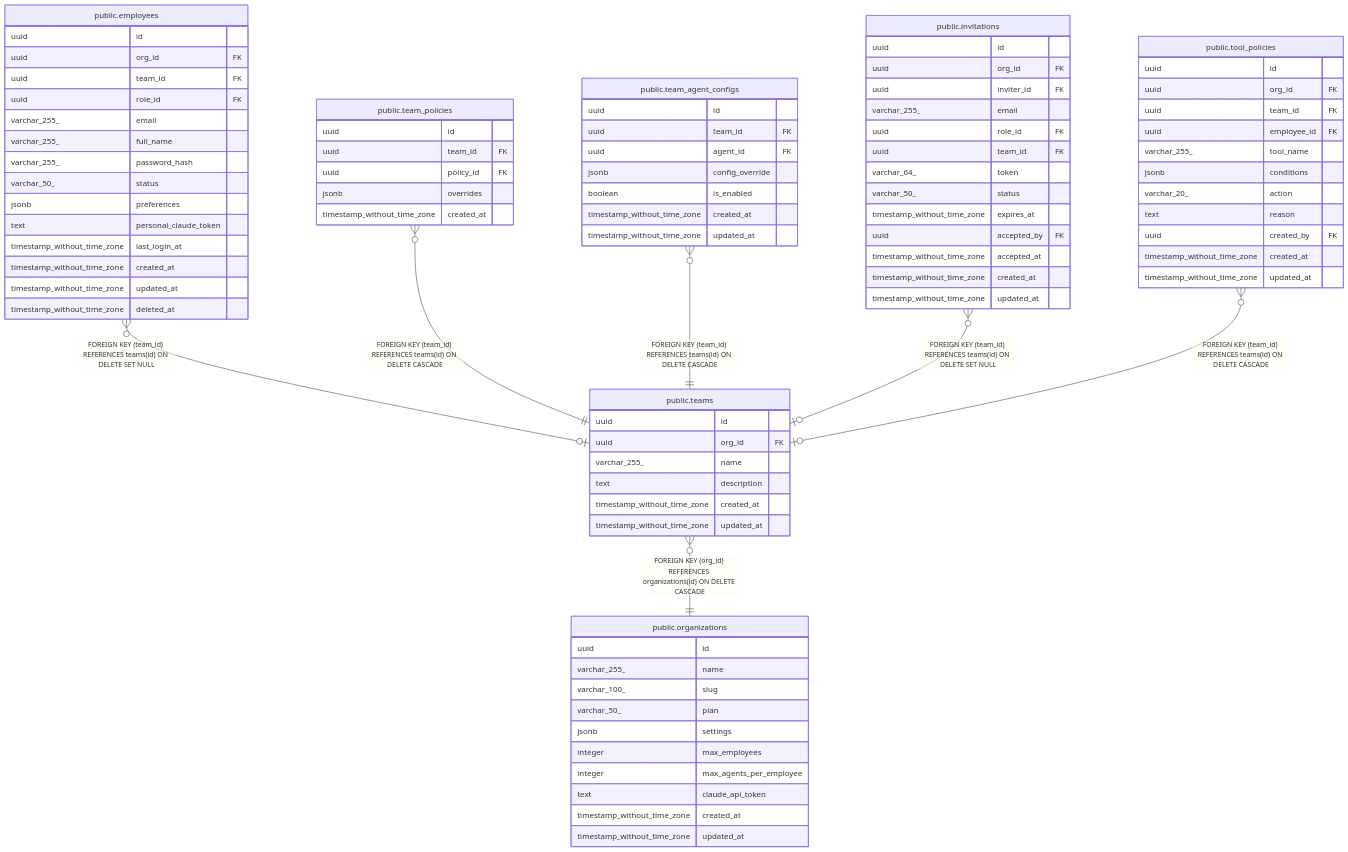
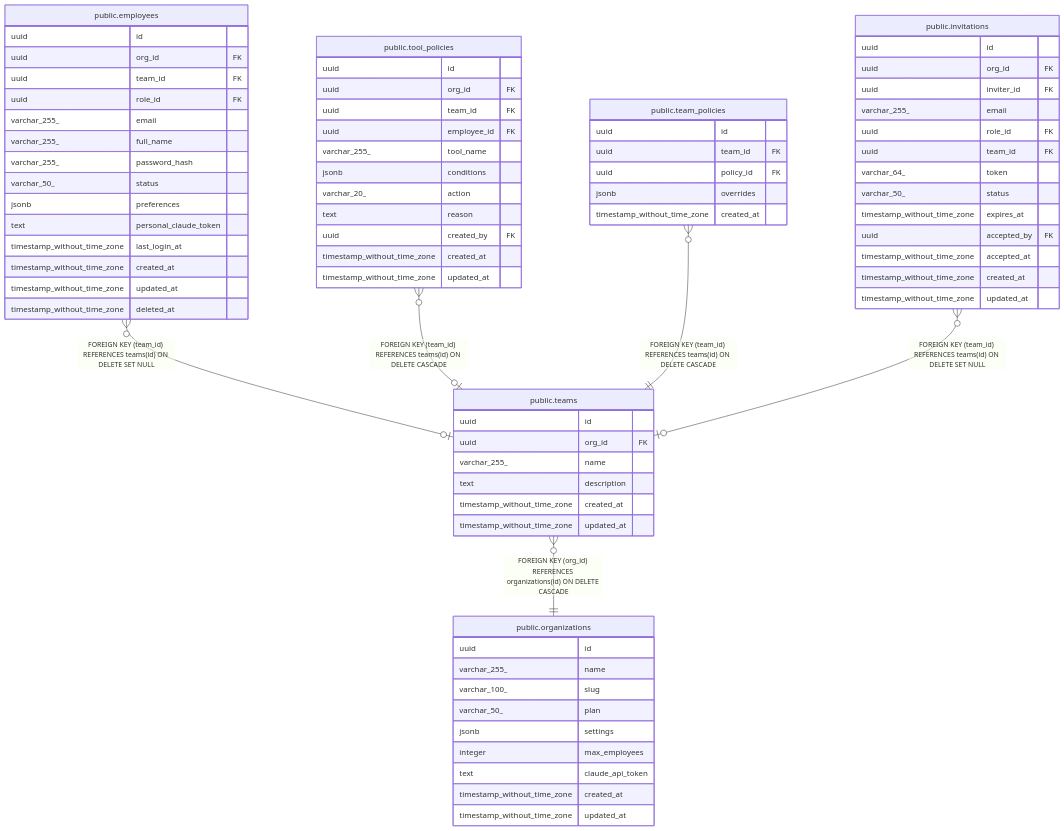
The diagram in docs/public.teams.md (rastrigin-systems/arfa), drawn with Mermaid before and after one commit. The commit also changed other lines of this file and 154 other files, not shown here.

First line of the commit message:
refactor: Pivot CLI from agent-sync to proxy-first architecture (#391)

```diff
--- a/docs/public.teams.md
+++ b/docs/public.teams.md
@@ -41,10 +41,9 @@
 erDiagram
 
 "public.employees" }o--o| "public.teams" : "FOREIGN KEY (team_id) REFERENCES teams(id) ON DELETE SET NULL"
+"public.tool_policies" }o--o| "public.teams" : "FOREIGN KEY (team_id) REFERENCES teams(id) ON DELETE CASCADE"
 "public.team_policies" }o--|| "public.teams" : "FOREIGN KEY (team_id) REFERENCES teams(id) ON DELETE CASCADE"
-"public.team_agent_configs" }o--|| "public.teams" : "FOREIGN KEY (team_id) REFERENCES teams(id) ON DELETE CASCADE"
 "public.invitations" }o--o| "public.teams" : "FOREIGN KEY (team_id) REFERENCES teams(id) ON DELETE SET NULL"
-"public.tool_policies" }o--o| "public.teams" : "FOREIGN KEY (team_id) REFERENCES teams(id) ON DELETE CASCADE"
 "public.teams" }o--|| "public.organizations" : "FOREIGN KEY (org_id) REFERENCES organizations(id) ON DELETE CASCADE"
 
 "public.teams" {
@@ -71,21 +70,25 @@
   timestamp_without_time_zone updated_at
   timestamp_without_time_zone deleted_at
 }
+"public.tool_policies" {
+  uuid id
+  uuid org_id FK
+  uuid team_id FK
+  uuid employee_id FK
+  varchar_255_ tool_name
+  jsonb conditions
+  varchar_20_ action
+  text reason
+  uuid created_by FK
+  timestamp_without_time_zone created_at
+  timestamp_without_time_zone updated_at
+}
 "public.team_policies" {
   uuid id
   uuid team_id FK
   uuid policy_id FK
   jsonb overrides
   timestamp_without_time_zone created_at
-}
-"public.team_agent_configs" {
-  uuid id
-  uuid team_id FK
-  uuid agent_id FK
-  jsonb config_override
-  boolean is_enabled
-  timestamp_without_time_zone created_at
-  timestamp_without_time_zone updated_at
 }
 "public.invitations" {
   uuid id
@@ -102,19 +105,6 @@
   timestamp_without_time_zone created_at
   timestamp_without_time_zone updated_at
 }
-"public.tool_policies" {
-  uuid id
-  uuid org_id FK
-  uuid team_id FK
-  uuid employee_id FK
-  varchar_255_ tool_name
-  jsonb conditions
-  varchar_20_ action
-  text reason
-  uuid created_by FK
-  timestamp_without_time_zone created_at
-  timestamp_without_time_zone updated_at
-}
 "public.organizations" {
   uuid id
   varchar_255_ name
@@ -122,7 +112,6 @@
   varchar_50_ plan
   jsonb settings
   integer max_employees
-  integer max_agents_per_employee
   text claude_api_token
   timestamp_without_time_zone created_at
   timestamp_without_time_zone updated_at
```
